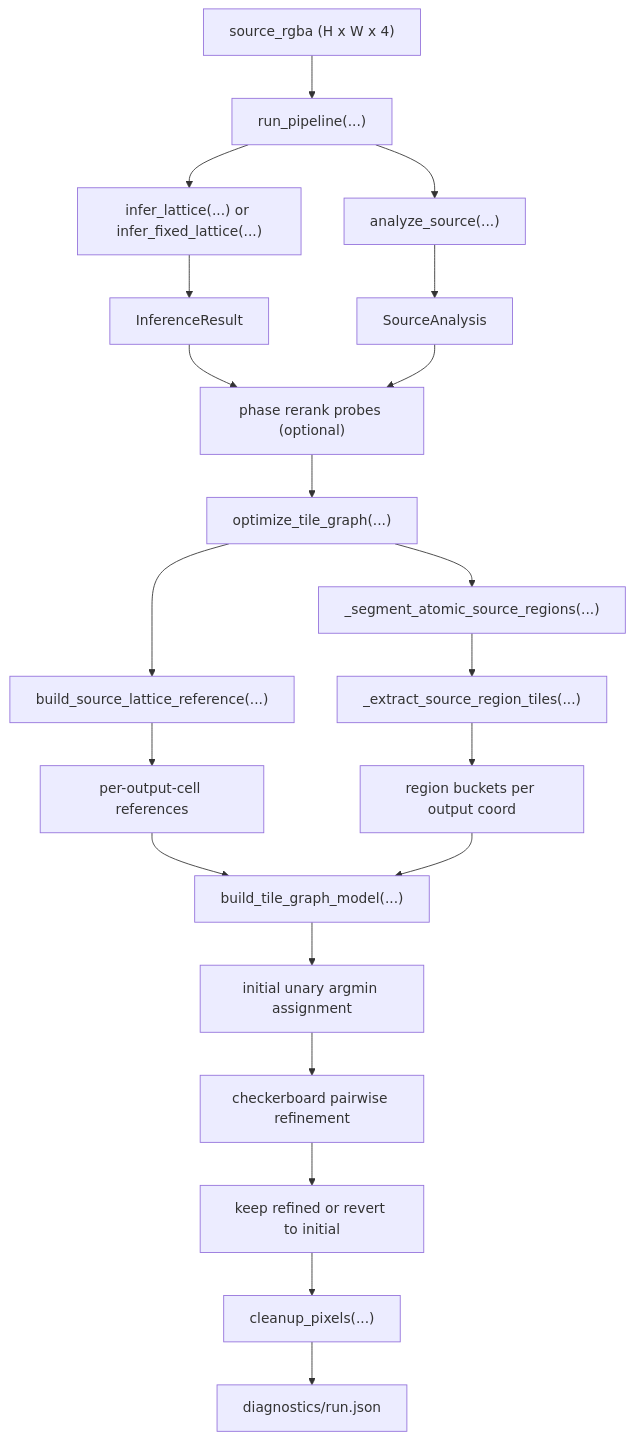
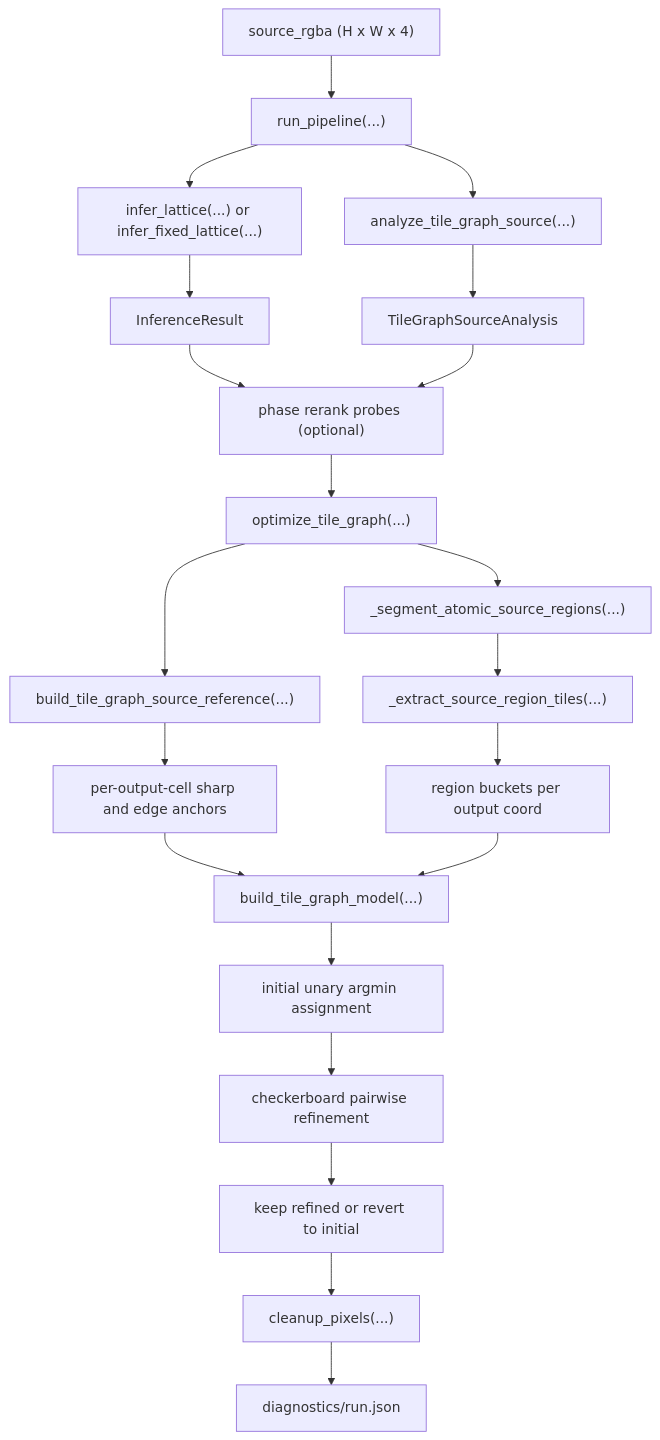
The diagram in docs/tile-graph-algorithm-map.md (GameCult/repixelizer), drawn with Mermaid before and after one commit. The commit also changed other lines of this file and 13 other files, not shown here.

Commit message:
Split tile-graph off shared prep spine

````diff
--- a/docs/tile-graph-algorithm-map.md
+++ b/docs/tile-graph-algorithm-map.md
@@ -54,23 +54,23 @@
 ```mermaid
 flowchart TD
     A["source_rgba (H x W x 4)"] --> B["run_pipeline(...)"]
     B --> C["infer_lattice(...) or infer_fixed_lattice(...)"]
-    B --> D["analyze_source(...)"]
+    B --> D["analyze_tile_graph_source(...)"]
     C --> E["InferenceResult"]
-    D --> F["SourceAnalysis"]
+    D --> F["TileGraphSourceAnalysis"]
     E --> G["phase rerank probes (optional)"]
     F --> G
     G --> H["optimize_tile_graph(...)"]
-    H --> I["build_source_lattice_reference(...)"]
+    H --> I["build_tile_graph_source_reference(...)"]
     H --> J["_segment_atomic_source_regions(...)"]
     J --> K["_extract_source_region_tiles(...)"]
-    I --> L["per-output-cell references"]
+    I --> L["per-output-cell sharp and edge anchors"]
     K --> M["region buckets per output coord"]
     L --> N["build_tile_graph_model(...)"]
     M --> N
     N --> O["initial unary argmin assignment"]
     O --> P["checkerboard pairwise refinement"]
     P --> Q["keep refined or revert to initial"]
     Q --> R["cleanup_pixels(...)"]
     R --> S["diagnostics/run.json"]
 ```
````
